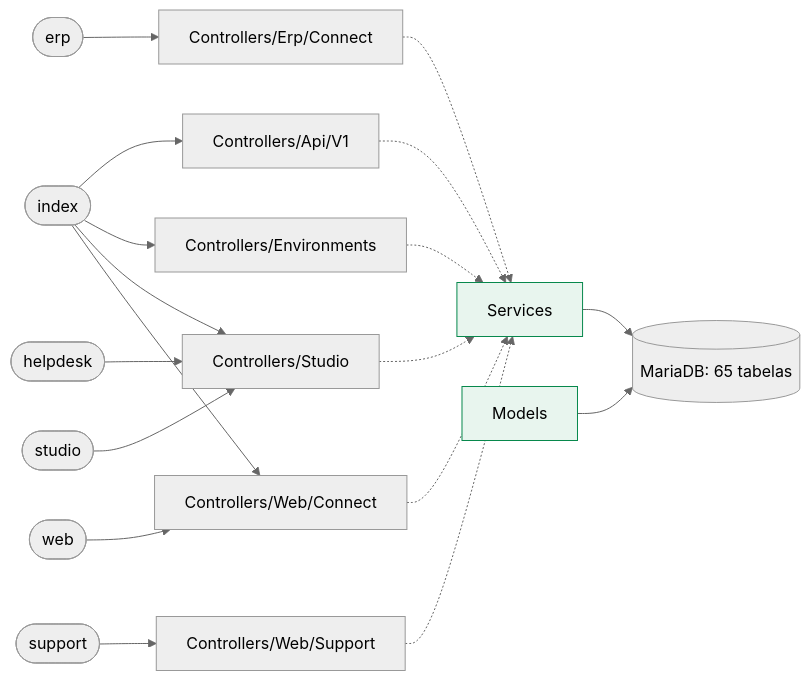
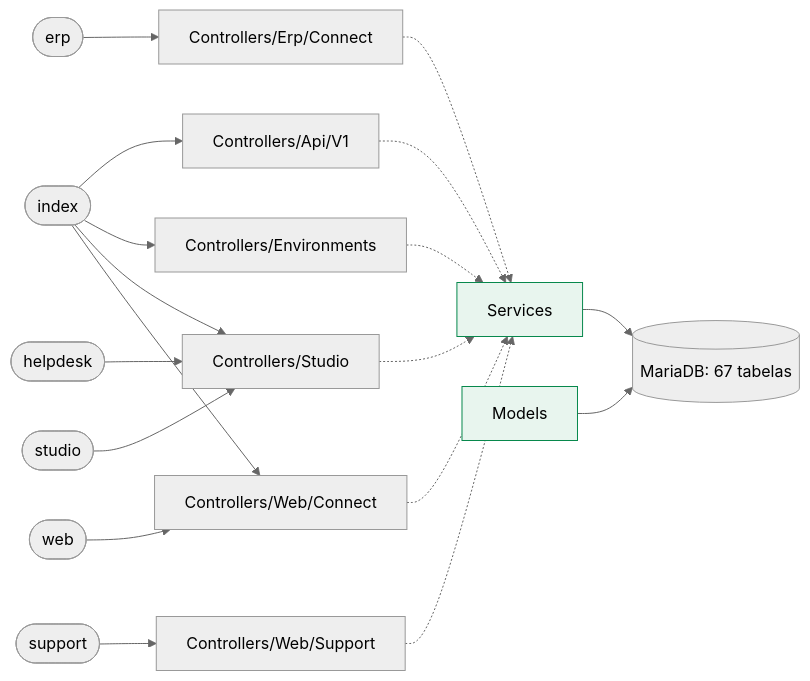
One commit to djalmamartins/connect-erp changed the first of 2 diagrams in docs/map/README.md. Above: the diagram before and after it, drawn with Mermaid (neutral theme). The commit also changed other lines of this file and 1 other file, not shown here.

````diff
--- a/docs/map/README.md
+++ b/docs/map/README.md
@@ -13,30 +13,30 @@
 ```mermaid
 flowchart LR
   env_erp(["erp"])
   env_erp --> pkg_Controllers_Erp_Connect["Controllers/Erp/Connect"]
   env_helpdesk(["helpdesk"])
   env_helpdesk --> pkg_Controllers_Studio["Controllers/Studio"]
   env_index(["index"])
   env_index --> pkg_Controllers_Api_V1["Controllers/Api/V1"]
   env_index --> pkg_Controllers_Environments["Controllers/Environments"]
   env_index --> pkg_Controllers_Studio["Controllers/Studio"]
   env_index --> pkg_Controllers_Web_Connect["Controllers/Web/Connect"]
   env_studio(["studio"])
   env_studio --> pkg_Controllers_Studio["Controllers/Studio"]
   env_support(["support"])
   env_support --> pkg_Controllers_Web_Support["Controllers/Web/Support"]
   env_web(["web"])
   env_web --> pkg_Controllers_Web_Connect["Controllers/Web/Connect"]
   pkg_svc["Services"]:::svc
   pkg_mdl["Models"]:::svc
-  db[("MariaDB: 65 tabelas")]
+  db[("MariaDB: 67 tabelas")]
   pkg_Controllers_Api_V1 -.-> pkg_svc
   pkg_Controllers_Environments -.-> pkg_svc
   pkg_Controllers_Erp_Connect -.-> pkg_svc
   pkg_Controllers_Studio -.-> pkg_svc
   pkg_Controllers_Web_Connect -.-> pkg_svc
   pkg_Controllers_Web_Support -.-> pkg_svc
   pkg_svc --> db
   pkg_mdl --> db
   classDef svc fill:#e8f5ee,stroke:#07884c
 ```
````
